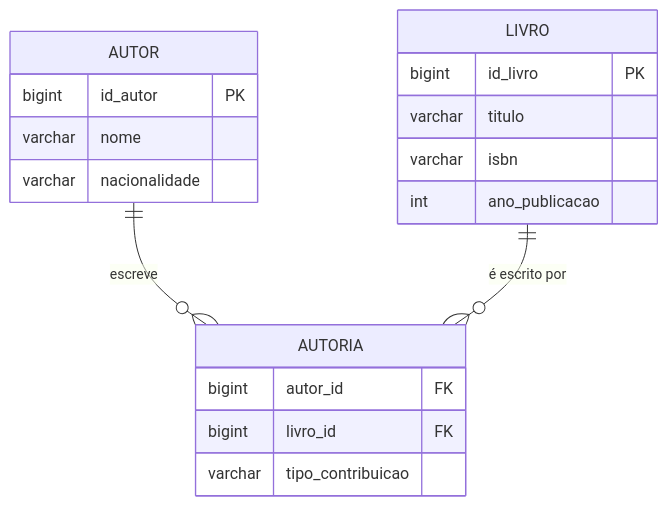
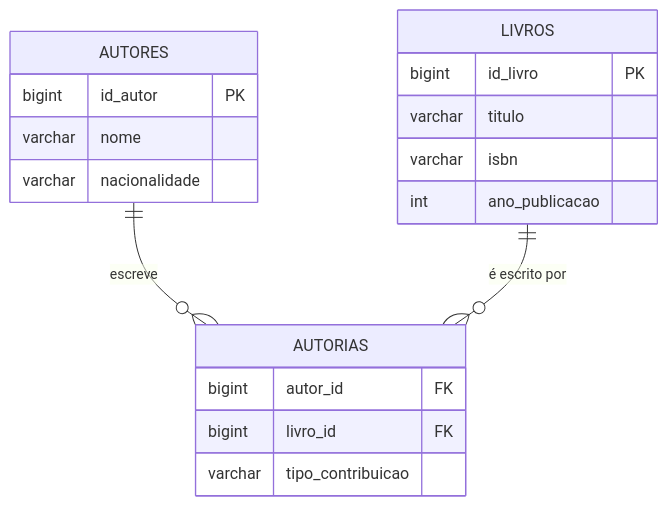
The eighth of 12 diagrams in aulas/Cardinalidade_MER_Completo.md (DSM-Fatec-Jahu/Banco-de-Dados-Relacional-IBD015), drawn with Mermaid before and after one commit. The commit also changed other lines of this file and 1 other file, not shown here.

````diff
--- a/aulas/Cardinalidade_MER_Completo.md
+++ b/aulas/Cardinalidade_MER_Completo.md
@@ -379,24 +379,24 @@
 ```mermaid
 erDiagram
-    AUTOR {
+    AUTORES {
         bigint id_autor PK
         varchar nome
         varchar nacionalidade
     }
 
-    LIVRO {
+    LIVROS {
         bigint id_livro PK
         varchar titulo
         varchar isbn
         int ano_publicacao
     }
 
-    AUTORIA {
+    AUTORIAS {
         bigint autor_id FK
         bigint livro_id FK
         varchar tipo_contribuicao
     }
 
-    AUTOR ||--o{ AUTORIA : "escreve"
-    LIVRO ||--o{ AUTORIA : "é escrito por"
+    AUTORES ||--o{ AUTORIAS : "escreve"
+    LIVROS ||--o{ AUTORIAS : "é escrito por"
 ```
````
